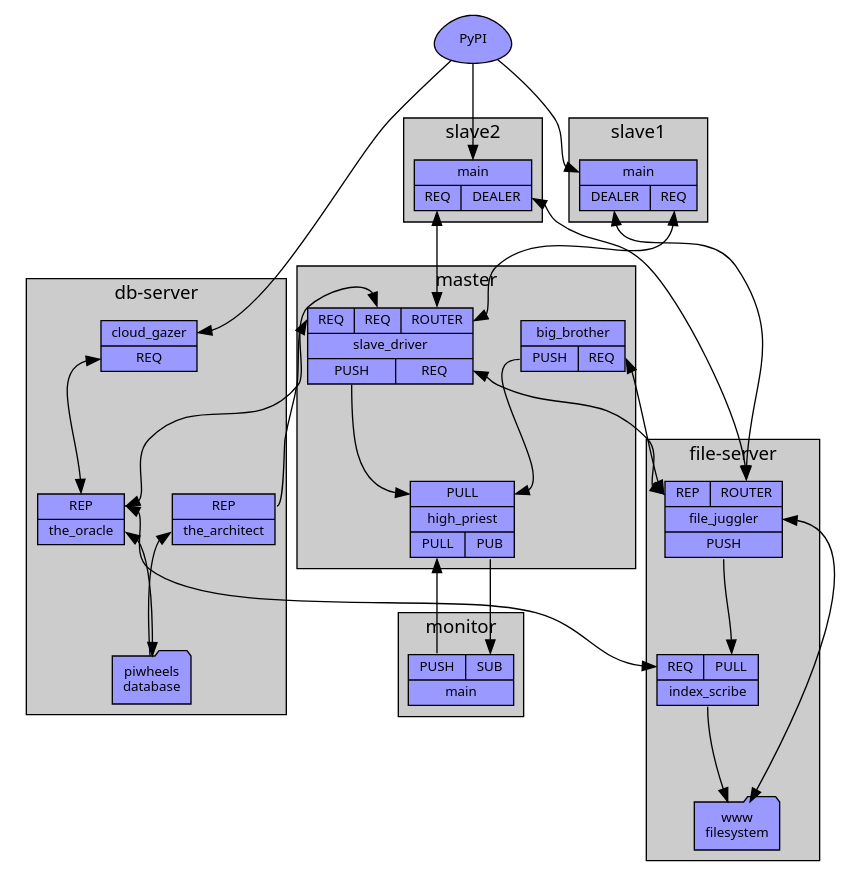
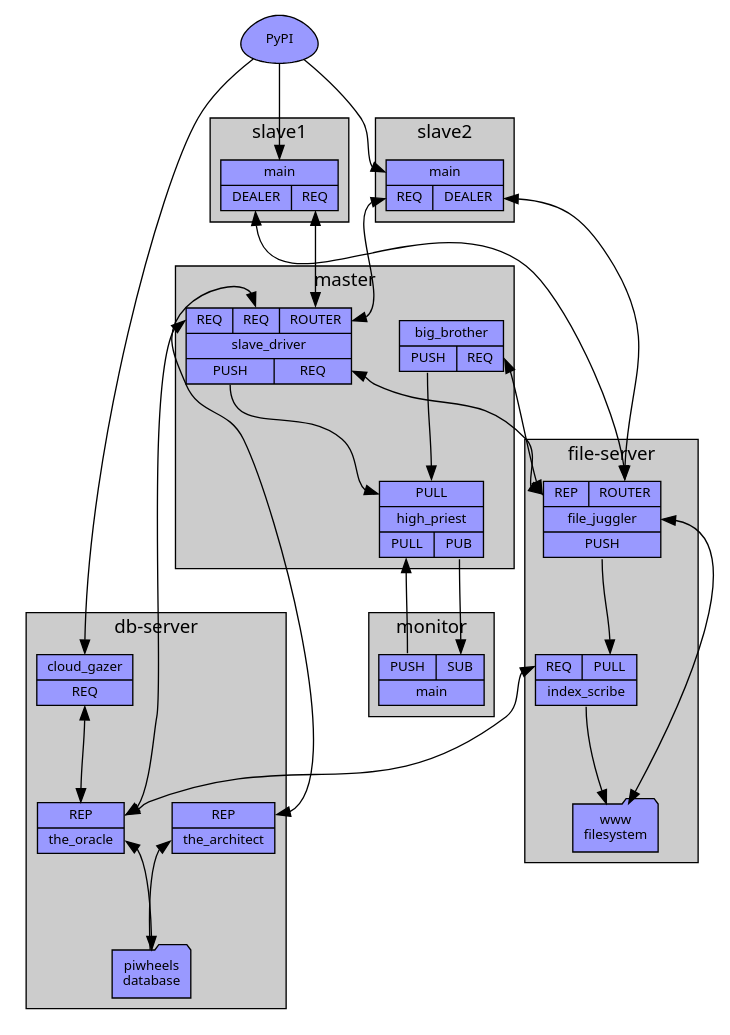
Before and after one commit to piwheels/piwheels: the diagram in docs/master_arch.dot, drawn with Graphviz. The commit also changed 5 other files, not shown here.

```diff
--- a/docs/master_arch.dot
+++ b/docs/master_arch.dot
@@ -1,74 +1,74 @@
 digraph piwheels {
     graph [nodesep=0.5, ranksep=1, style=filled, fontname=Sans, fontsize=14, fillcolor="#cccccc"];
     node [shape=record, fontname=Sans, fontsize=10, style=filled, fillcolor="#9999ff", penwidth=1];
     edge [fontname=Sans, fontsize=8];
 
     pypi [label="PyPI", shape=egg];
 
     subgraph cluster_db_server {
         graph [label="db-server"];
 
         cloud_gazer [label="{<t>cloud_gazer|<db>REQ}"];
         the_oracle [label="{<db>REP|<t>the_oracle}"];
         the_architect [label="{<builds>REP|<t>the_architect}"];
         db [label="piwheels\ndatabase", shape=folder];
 
         the_oracle:t->db [dir=both];
         the_architect:t->db [dir=back];
     }
 
     subgraph cluster_file_server {
         graph [label="file-server"];
 
         file_juggler [label="{{<transfers>REP|<slaves>ROUTER}|<t>file_juggler|{<indexes>PUSH}}"];
         index_scribe [label="{{<db>REQ|<indexes>PULL}|<t>index_scribe}"];
         fs [label="www\nfilesystem", shape=folder];
 
         index_scribe:t->fs;
         file_juggler:t->fs [dir=both];
     }
 
     subgraph cluster_master {
         graph [label="master"];
 
         high_priest [label="{{<int_status>PULL}|high_priest|{<control>PULL|<ext_status>PUB}}"];
         big_brother [label="{<t>big_brother|{<int_status>PUSH|<transfers>REQ}}"];
         slave_driver [label="{{<db>REQ|<builds>REQ|<slaves>ROUTER}|<t>slave_driver|{<int_status>PUSH|<transfers>REQ}}"];
 
         big_brother:int_status->high_priest:int_status;
         slave_driver:int_status->high_priest:int_status;
     }
 
     subgraph cluster_monitor {
         graph [label="monitor"];
         monitor [label="{{<control>PUSH|<status>SUB}|<t>main}"];
     }
 
     subgraph cluster_slave1 {
         graph [label="slave1"];
         slave1 [label="{<t>main|{<files>DEALER|<builds>REQ}}"];
     }
 
     subgraph cluster_slave2 {
         graph [label="slave2"];
         slave2 [label="{<t>main|{<builds>REQ|<files>DEALER}}"];
     }
 
     pypi->cloud_gazer:t;
     pypi->slave1:t;
     pypi->slave2:t;
     slave1:builds->slave_driver:slaves [dir=both];
     slave2:builds->slave_driver:slaves [dir=both];
     slave1:files->file_juggler:slaves [dir=both];
     slave2:files->file_juggler:slaves [dir=both];
     high_priest:ext_status->monitor:status;
     monitor:control->high_priest:control;
 
-    the_architect:builds->slave_driver:builds;
     cloud_gazer:db->the_oracle:db [dir=both];
     file_juggler:indexes->index_scribe:indexes;
     index_scribe:db->the_oracle:db [dir=both];
     big_brother:transfers->file_juggler:transfers [dir=both];
     slave_driver:transfers->file_juggler:transfers [dir=both];
     slave_driver:db->the_oracle:db [dir=both];
+    slave_driver:builds->the_architect:builds [dir=both];
 }
```
